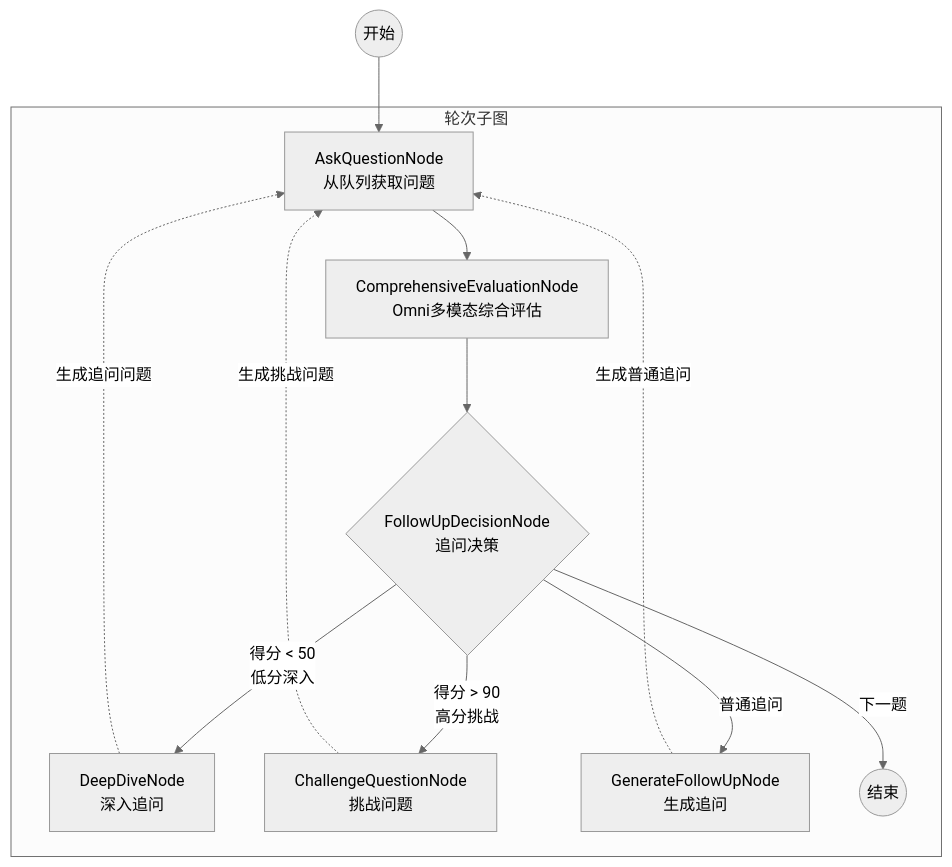
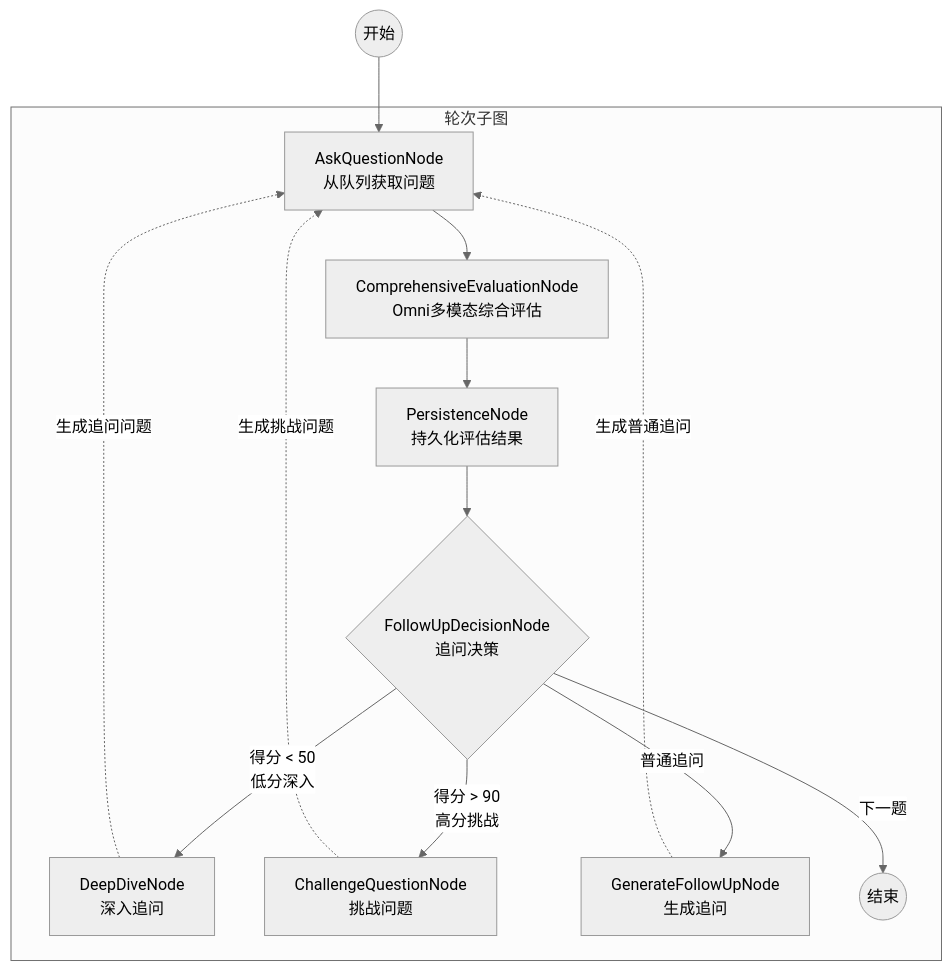
The third of 5 diagrams in README.md (zunff/interview-agent), drawn with Mermaid (neutral theme) before and after one commit. The commit also changed other lines of this file and 24 other files, not shown here.

Commit message:
perf: 调整追问决策逻辑，并将图状态持久化逻辑抽离成单一节点

````diff
--- a/README.md
+++ b/README.md
@@ -95,27 +95,29 @@
 ```mermaid
 graph TD
     START((开始))
 
     subgraph InterviewRoundGraph[轮次子图]
         ASK[AskQuestionNode<br/>从队列获取问题]
         EVAL[ComprehensiveEvaluationNode<br/>Omni多模态综合评估]
+        PERSIST[PersistenceNode<br/>持久化评估结果]
         DECISION{FollowUpDecisionNode<br/>追问决策}
         DEEP[DeepDiveNode<br/>深入追问]
         CHALLENGE[ChallengeQuestionNode<br/>挑战问题]
         FOLLOW[GenerateFollowUpNode<br/>生成追问]
         END((结束))
     end
 
     START --> ASK
     ASK --> EVAL
-    EVAL --> DECISION
+    EVAL --> PERSIST
+    PERSIST --> DECISION
 
     DECISION -->|得分 &lt; 50<br/>低分深入| DEEP
     DECISION -->|得分 &gt; 90<br/>高分挑战| CHALLENGE
     DECISION -->|普通追问| FOLLOW
     DECISION -->|下一题| END
 
     DEEP -.->|生成追问问题| ASK
     CHALLENGE -.->|生成挑战问题| ASK
     FOLLOW -.->|生成普通追问| ASK
 ```
````
